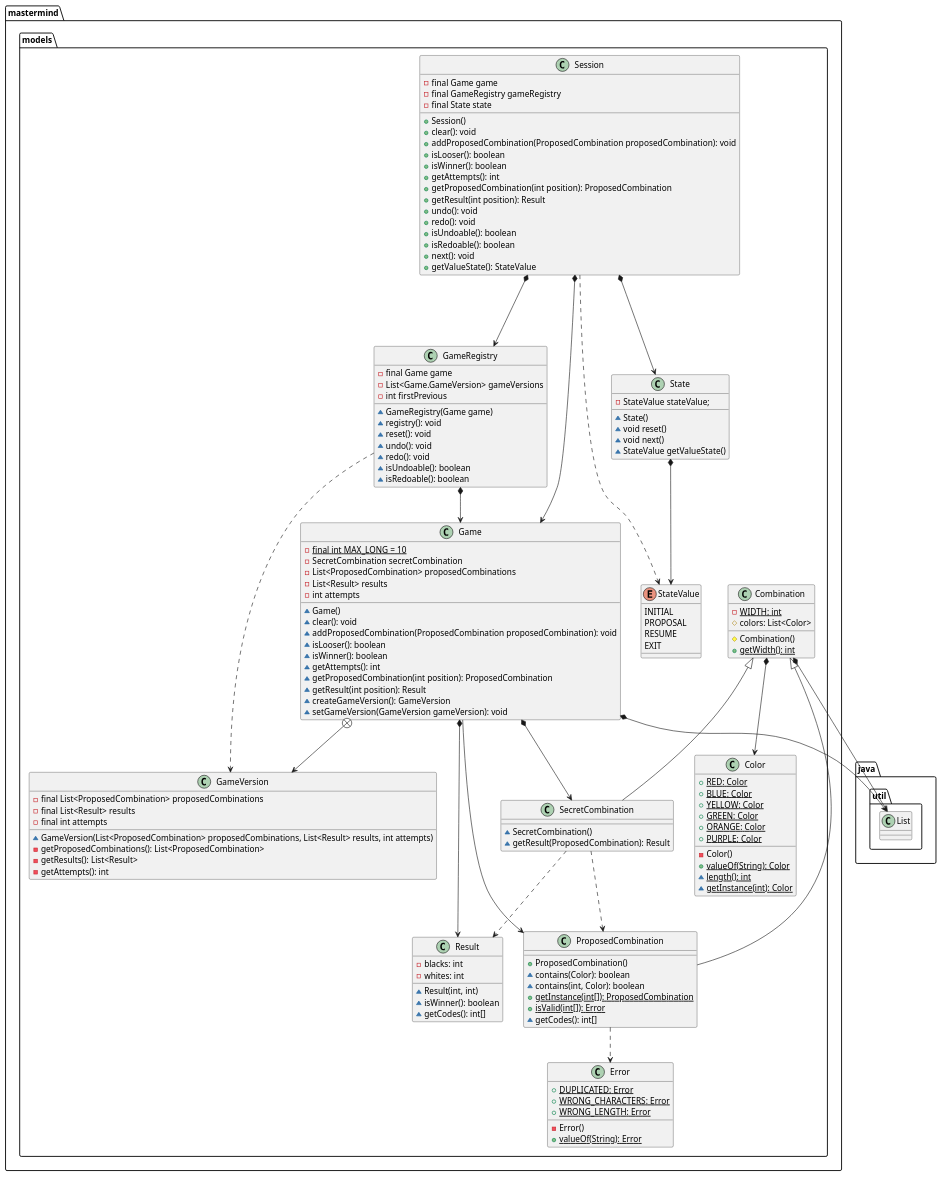
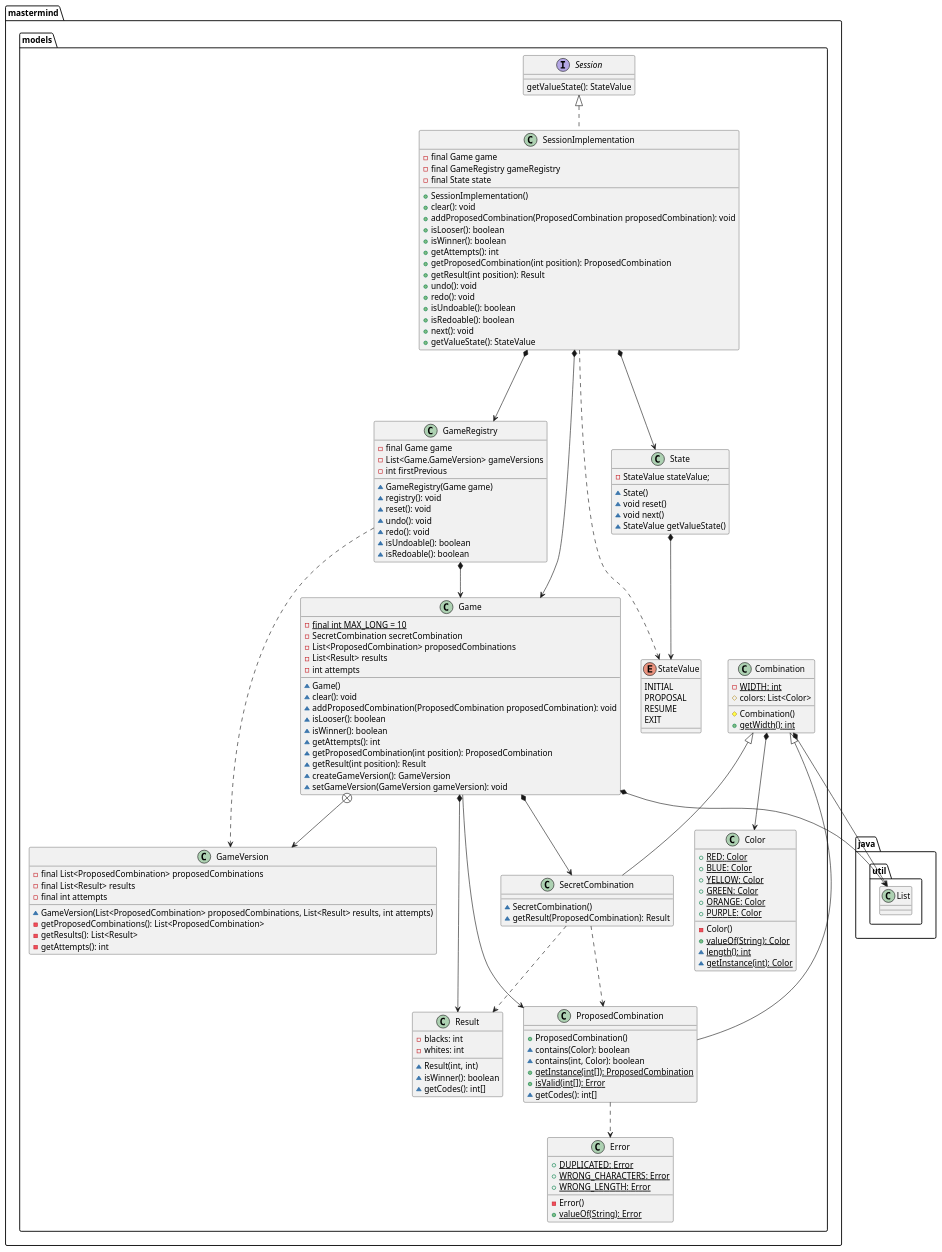
The diagram in docs/uml/PackageMasterMindModels.puml (TheMercuryBeat/MasterMind), drawn with PlantUML before and after one commit. The commit also changed 15 other files, not shown here.

Commit message:
[uml] Update uml diagrams

```diff
--- a/docs/uml/PackageMasterMindModels.puml
+++ b/docs/uml/PackageMasterMindModels.puml
@@ -1,153 +1,157 @@
 @startuml
 
     class  mastermind.models.Color{
         + {static} RED: Color
         + {static} BLUE: Color
         + {static} YELLOW: Color
         + {static} GREEN: Color
         + {static} ORANGE: Color
         + {static} PURPLE: Color
         - Color()
         + {static} valueOf(String): Color
         ~ {static} length(): int
         ~ {static} getInstance(int): Color
     }
     
     class  mastermind.models.Combination{
         - {static} WIDTH: int
         # colors: List<Color>
         # Combination()
         + {static} getWidth(): int
     }
     mastermind.models.Combination *-down-> java.util.List
     mastermind.models.Combination *-down-> mastermind.models.Color
     
     class  mastermind.models.Error{
         + {static} DUPLICATED: Error
         + {static} WRONG_CHARACTERS: Error
         + {static} WRONG_LENGTH: Error
         - Error()
         + {static} valueOf(String): Error
     }
     
     class  mastermind.models.Game{
         - {static} final int MAX_LONG = 10
         - SecretCombination secretCombination
         - List<ProposedCombination> proposedCombinations
         - List<Result> results
         - int attempts
         ~ Game()
         ~ clear(): void
         ~ addProposedCombination(ProposedCombination proposedCombination): void
         ~ isLooser(): boolean
         ~ isWinner(): boolean
         ~ getAttempts(): int
         ~ getProposedCombination(int position): ProposedCombination
         ~ getResult(int position): Result
         ~ createGameVersion(): GameVersion
         ~ setGameVersion(GameVersion gameVersion): void
     }
 
      class mastermind.models.GameVersion{
         - final List<ProposedCombination> proposedCombinations
         - final List<Result> results
         - final int attempts
 
         ~ GameVersion(List<ProposedCombination> proposedCombinations, List<Result> results, int attempts)
         - getProposedCombinations(): List<ProposedCombination>
         - getResults(): List<Result>
         - getAttempts(): int
      }
 
     mastermind.models.Game *-down-> java.util.List
     mastermind.models.Game *-down-> mastermind.models.SecretCombination
     mastermind.models.Game *-down-> mastermind.models.Result
     mastermind.models.Game --> mastermind.models.ProposedCombination
     mastermind.models.Game +--> mastermind.models.GameVersion
 
     class  mastermind.models.ProposedCombination{
         + ProposedCombination()
         ~ contains(Color): boolean
         ~ contains(int, Color): boolean
         + {static} getInstance(int[]): ProposedCombination
         + {static} isValid(int[]): Error
         ~ getCodes(): int[]
     }
     mastermind.models.Combination <|-down- mastermind.models.ProposedCombination
     mastermind.models.ProposedCombination ..> mastermind.models.Error
     
     class  mastermind.models.Result{
         - blacks: int
         - whites: int
         ~ Result(int, int)
         ~ isWinner(): boolean
         ~ getCodes(): int[]
     }
     
     class  mastermind.models.SecretCombination{
         ~ SecretCombination()
         ~ getResult(ProposedCombination): Result
     }
     mastermind.models.Combination <|-down- mastermind.models.SecretCombination
     mastermind.models.SecretCombination ..> mastermind.models.Result
     mastermind.models.SecretCombination ..> mastermind.models.ProposedCombination
 
     class mastermind.models.State{
         - StateValue stateValue;
         ~ State()
         ~ void reset()
         ~ void next()
         ~ StateValue getValueState()
     }
 
     enum mastermind.models.StateValue{
         INITIAL
         PROPOSAL
         RESUME
         EXIT
     }
 
     mastermind.models.State *--> mastermind.models.StateValue
 
     class mastermind.models.GameRegistry {
         - final Game game
         - List<Game.GameVersion> gameVersions
         - int firstPrevious
         ~ GameRegistry(Game game)
         ~ registry(): void
         ~ reset(): void
         ~ undo(): void
         ~ redo(): void
         ~ isUndoable(): boolean
         ~ isRedoable(): boolean
     }
 
     mastermind.models.GameRegistry *--> mastermind.models.Game
     mastermind.models.GameRegistry ...> mastermind.models.GameVersion
 
-    class mastermind.models.Session {
+    interface mastermind.models.Session {
+        getValueState(): StateValue
+    }
+
+    class mastermind.models.SessionImplementation implements mastermind.models.Session{
         - final Game game
         - final GameRegistry gameRegistry
         - final State state
-        + Session()
+        + SessionImplementation()
         + clear(): void
         + addProposedCombination(ProposedCombination proposedCombination): void
         + isLooser(): boolean
         + isWinner(): boolean
         + getAttempts(): int
         + getProposedCombination(int position): ProposedCombination
         + getResult(int position): Result
         + undo(): void
         + redo(): void
         + isUndoable(): boolean
         + isRedoable(): boolean
         + next(): void
         + getValueState(): StateValue
     }
 
-    mastermind.models.Session *---> mastermind.models.Game
-    mastermind.models.Session *---> mastermind.models.GameRegistry
-    mastermind.models.Session *---> mastermind.models.State
-    mastermind.models.Session ...> mastermind.models.StateValue
+    mastermind.models.SessionImplementation *---> mastermind.models.Game
+    mastermind.models.SessionImplementation *---> mastermind.models.GameRegistry
+    mastermind.models.SessionImplementation *---> mastermind.models.State
+    mastermind.models.SessionImplementation ...> mastermind.models.StateValue
 
 @enduml
```
